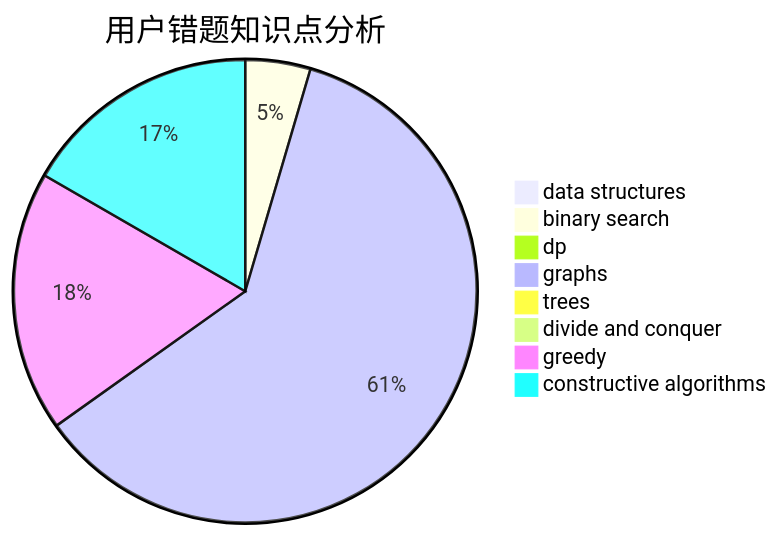
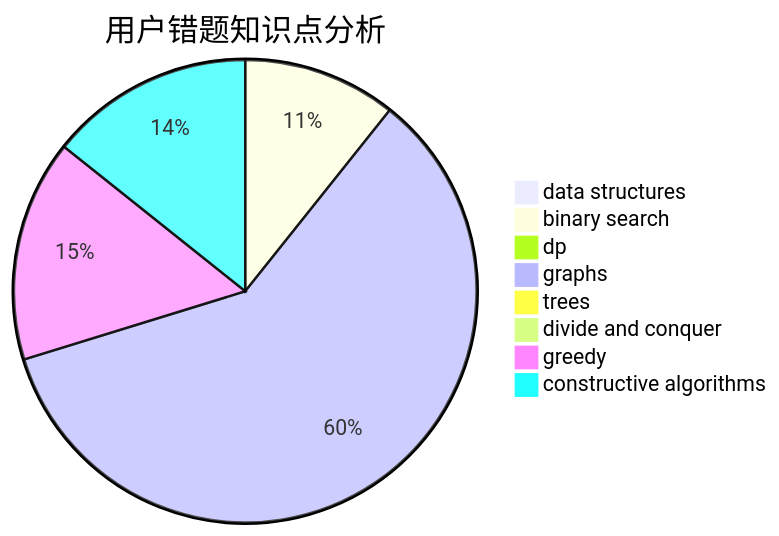
The third of 3 diagrams in docs/user/u877.md (sherpahu/cfrs.github.io), drawn with Mermaid before and after one commit. The commit also changed other lines of this file and 2770 other files, not shown here.

````diff
--- a/docs/user/u877.md
+++ b/docs/user/u877.md
@@ -36,11 +36,11 @@
 ```mermaid
 pie title 用户错题知识点分析
     "data structures" :  0
-    "binary search" :  3
+    "binary search" :  9
     "dp" :  0
-    "graphs" :  40
+    "graphs" :  50
     "trees" :  0
     "divide and conquer" :  0
-    "greedy" :  12
-    "constructive algorithms" :  11
+    "greedy" :  13
+    "constructive algorithms" :  12
 ```
````
